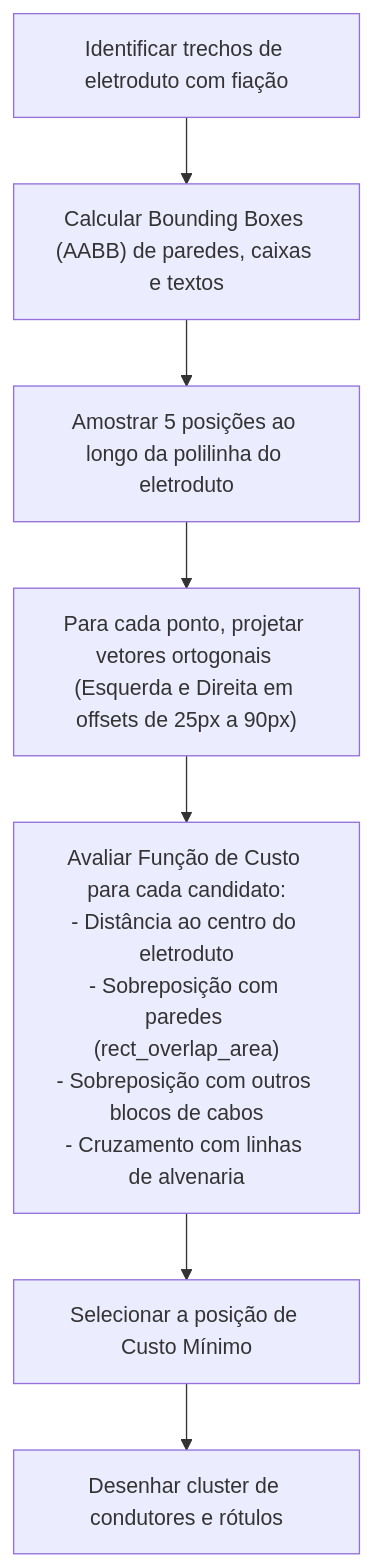
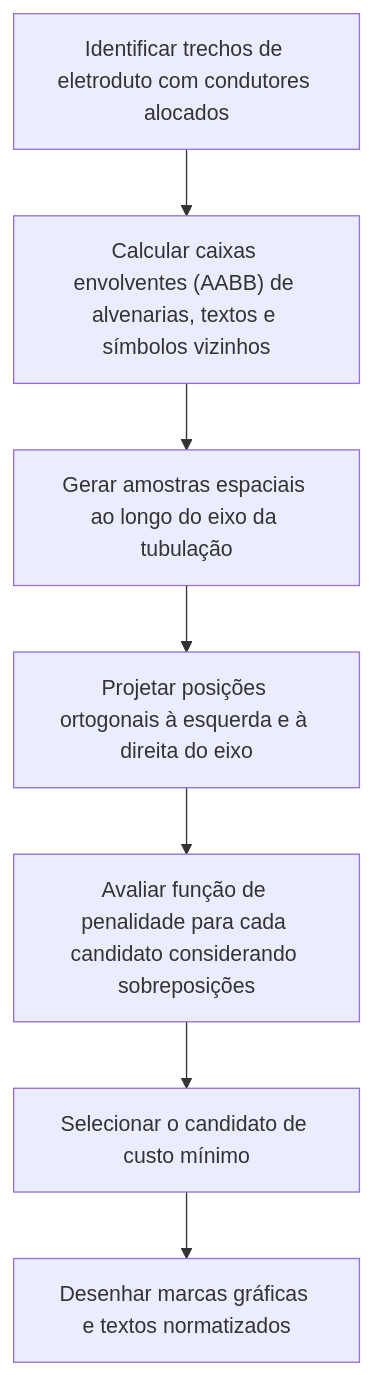
One commit to samuel-c-santos/openeletrica changed the diagram in docs/wiring-routing-graph.md. Above: the diagram before and after it, drawn with Mermaid. The commit also changed other lines of this file and 6 other files, not shown here.

````diff
--- a/docs/wiring-routing-graph.md
+++ b/docs/wiring-routing-graph.md
@@ -48,13 +50,9 @@
 ```mermaid
 flowchart TD
-    Start["Identificar trechos de eletroduto com fiação"] --> BBoxCalc["Calcular Bounding Boxes (AABB) de paredes, caixas e textos"]
-    BBoxCalc --> Sampling["Amostrar 5 posições ao longo da polilinha do eletroduto"]
-    Sampling --> Offsets["Para cada ponto, projetar vetores ortogonais (Esquerda e Direita em offsets de 25px a 90px)"]
-    Offsets --> PenaltyEval["Avaliar Função de Custo para cada candidato:
-- Distância ao centro do eletroduto
-- Sobreposição com paredes (rect_overlap_area)
-- Sobreposição com outros blocos de cabos
-- Cruzamento com linhas de alvenaria"]
-    PenaltyEval --> BestPos["Selecionar a posição de Custo Mínimo"]
-    BestPos --> Draw["Desenhar cluster de condutores e rótulos"]
+    Inicio["Identificar trechos de eletroduto com condutores alocados"] --> CaixasOcupadas["Calcular caixas envolventes (AABB) de alvenarias, textos e símbolos vizinhos"]
+    CaixasOcupadas --> Amostragem["Gerar amostras espaciais ao longo do eixo da tubulação"]
+    Amostragem --> Projecao["Projetar posições ortogonais à esquerda e à direita do eixo"]
+    Projecao --> FuncaoCusto["Avaliar função de penalidade para cada candidato considerando sobreposições"]
+    FuncaoCusto --> MenorCusto["Selecionar o candidato de custo mínimo"]
+    MenorCusto --> Renderizacao["Desenhar marcas gráficas e textos normatizados"]
 ```
````
